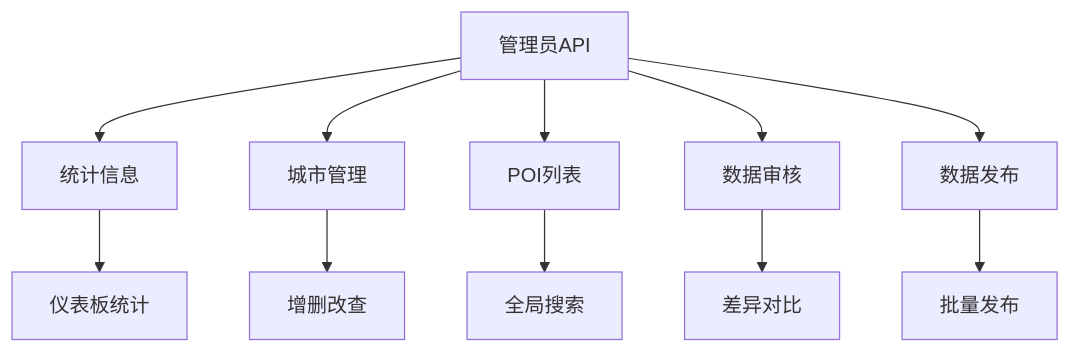
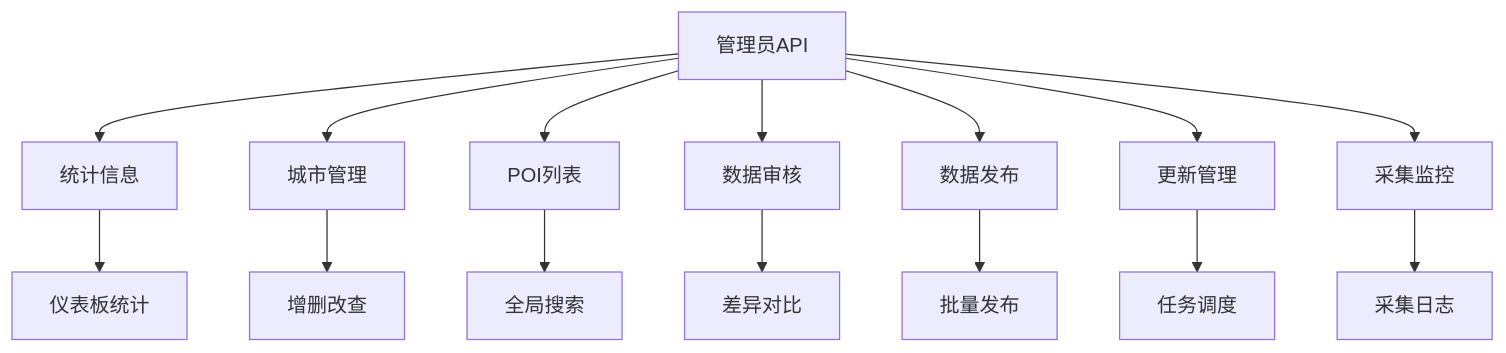
Before and after one commit to ititjjy/AITrip-plan: diagram 11 of 13 in .qoder/repowiki/zh/content/后端API架构/Express服务器配置.md, drawn with Mermaid. The commit also changed other lines of this file and 17 other files, not shown here.

````diff
--- a/.qoder/repowiki/zh/content/后端API架构/Express服务器配置.md
+++ b/.qoder/repowiki/zh/content/后端API架构/Express服务器配置.md
@@ -333,13 +427,17 @@
 ```mermaid
 flowchart TD
 AdminAPI[管理员API] --> Stats[统计信息]
 AdminAPI --> Cities[城市管理]
 AdminAPI --> POIList[POI列表]
 AdminAPI --> Reviews[数据审核]
 AdminAPI --> Publishing[数据发布]
+AdminAPI --> Updates[更新管理]
+AdminAPI --> Collections[采集监控]
 Stats --> Dashboard[仪表板统计]
 Cities --> CRUD[增删改查]
 POIList --> Search[全局搜索]
 Reviews --> Diff[差异对比]
 Publishing --> Batch[批量发布]
+Updates --> Jobs[任务调度]
+Collections --> Logs[采集日志]
 ```
````
